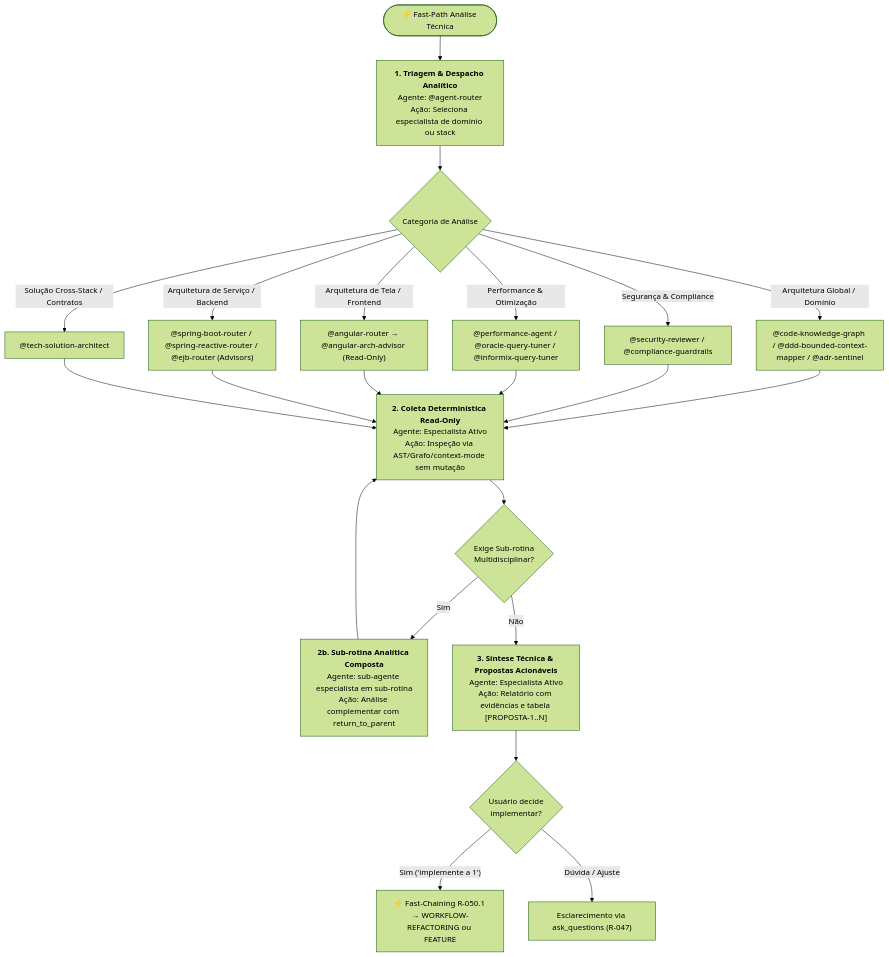
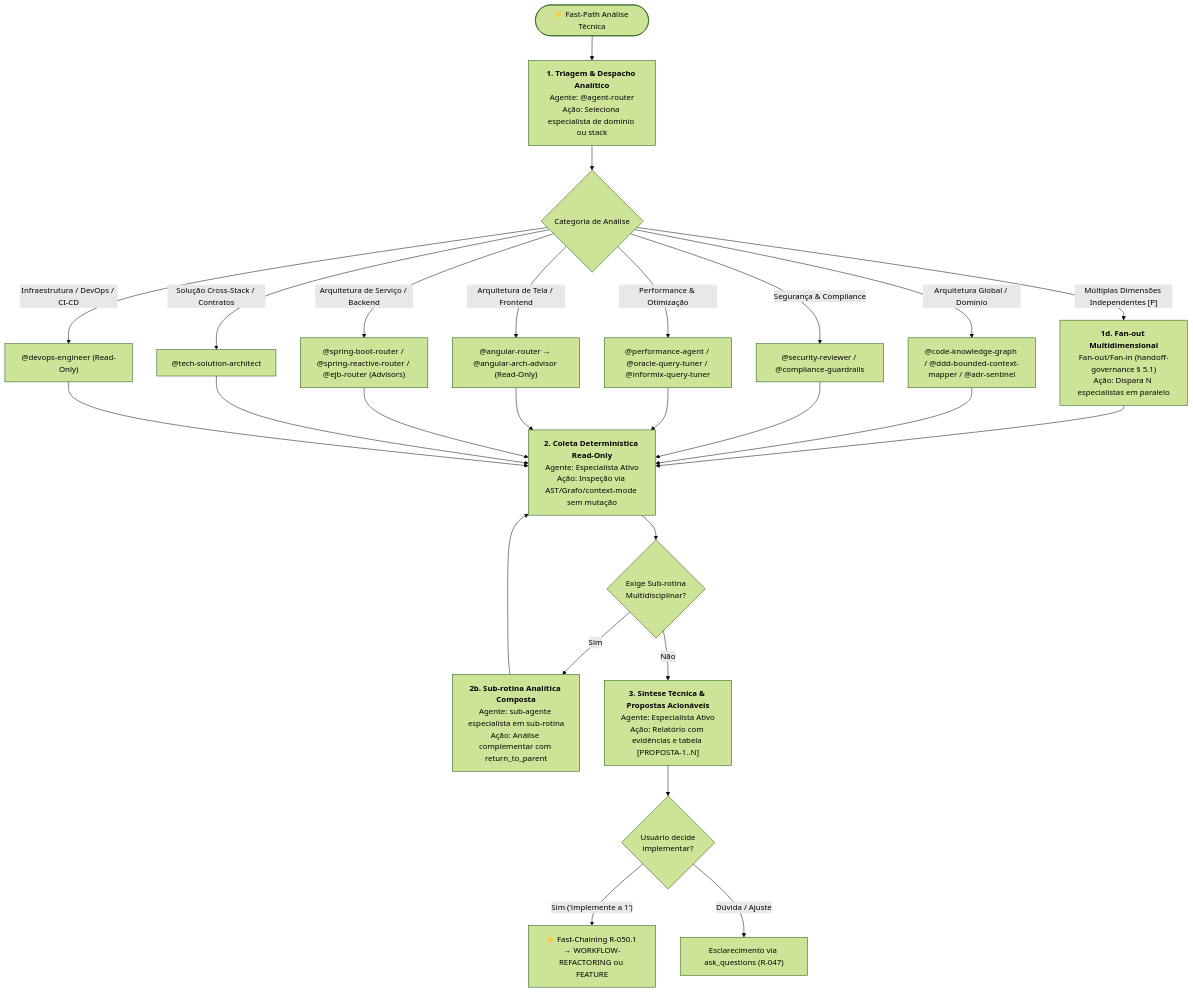
One commit to jezreel8858/deep-agents-copilot changed the fourth of 7 diagrams in .github/agents/workflows.md. Above: the diagram before and after it, drawn with Mermaid (forest theme). The commit also changed other lines of this file and 8 other files, not shown here.

````diff
--- a/.github/agents/workflows.md
+++ b/.github/agents/workflows.md
@@ -253,24 +253,27 @@
 ```mermaid
 flowchart TD
     Start(["⚡ Fast-Path Análise Técnica"]) --> RouterSelect["<b>1. Triagem & Despacho Analítico</b><br/>Agente: @agent-router<br/>Ação: Seleciona especialista de domínio ou stack"]
 
     RouterSelect --> CatGlobal{"Categoria de Análise"}
 
     CatGlobal -- "Arquitetura Global / Domínio" --> A1["@code-knowledge-graph / @ddd-bounded-context-mapper / @adr-sentinel"]
     CatGlobal -- "Segurança & Compliance" --> A2["@security-reviewer / @compliance-guardrails"]
     CatGlobal -- "Performance & Otimização" --> A3["@performance-agent / @oracle-query-tuner / @informix-query-tuner"]
     CatGlobal -- "Arquitetura de Tela / Frontend" --> A4["@angular-router → @angular-arch-advisor (Read-Only)"]
     CatGlobal -- "Arquitetura de Serviço / Backend" --> A5["@spring-boot-router / @spring-reactive-router / @ejb-router (Advisors)"]
     CatGlobal -- "Solução Cross-Stack / Contratos" --> A6["@tech-solution-architect"]
+    CatGlobal -- "Infraestrutura / DevOps / CI-CD" --> A7["@devops-engineer (Read-Only)"]
+    CatGlobal -- "Múltiplas Dimensões Independentes [P]" --> FanOut["<b>1d. Fan-out Multidimensional</b><br/>Fan-out/Fan-in (handoff-governance § 5.1)<br/>Ação: Dispara N especialistas em paralelo"]
+    FanOut --> Collect
 
-    A1 & A2 & A3 & A4 & A5 & A6 --> Collect["<b>2. Coleta Determinística Read-Only</b><br/>Agente: Especialista Ativo<br/>Ação: Inspeção via AST/Grafo/context-mode sem mutação"]
+    A1 & A2 & A3 & A4 & A5 & A6 & A7 --> Collect["<b>2. Coleta Determinística Read-Only</b><br/>Agente: Especialista Ativo<br/>Ação: Inspeção via AST/Grafo/context-mode sem mutação"]
 
     Collect --> CheckComposed{"Exige Sub-rotina<br/>Multidisciplinar?"}
     CheckComposed -- "Sim" --> SubAnalytic["<b>2b. Sub-rotina Analítica Composta</b><br/>Agente: sub-agente especialista em sub-rotina<br/>Ação: Análise complementar com return_to_parent"]
     SubAnalytic --> Collect
     CheckComposed -- "Não" --> Synth["<b>3. Síntese Técnica & Propostas Acionáveis</b><br/>Agente: Especialista Ativo<br/>Ação: Relatório com evidências e tabela [PROPOSTA-1..N]"]
 
     Synth --> ChainingDecision{"Usuário decide<br/>implementar?"}
     ChainingDecision -- "Sim ('implemente a 1')" --> FastChaining["⚡ Fast-Chaining R-050.1 → WORKFLOW-REFACTORING ou FEATURE"]
     ChainingDecision -- "Dúvida / Ajuste" --> AskUser["Esclarecimento via ask_questions (R-047)"]
 ```
````
